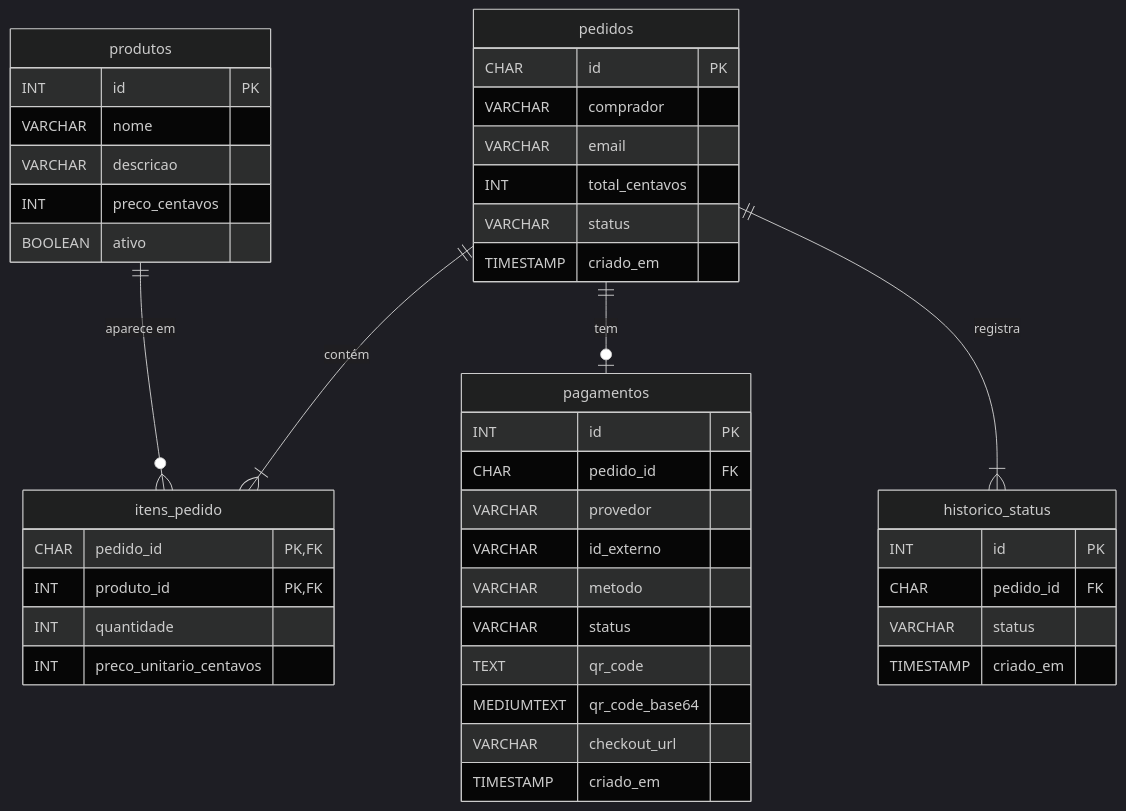
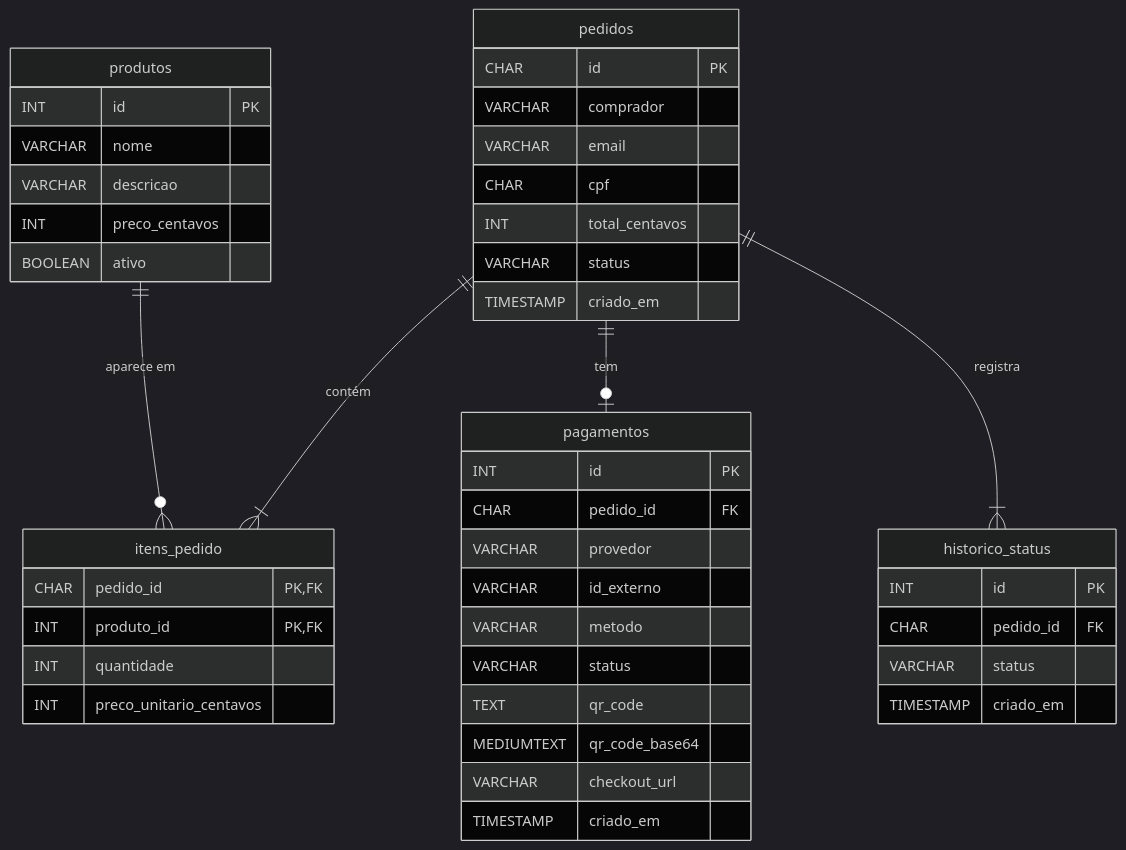
The second of 2 diagrams in README.md (samuelc99/loja-checkout), drawn with Mermaid (dark theme) before and after one commit. The commit also changed other lines of this file and 14 other files, not shown here.

````diff
--- a/README.md
+++ b/README.md
@@ -84,47 +85,48 @@
 ```mermaid
 erDiagram
     produtos ||--o{ itens_pedido : "aparece em"
     pedidos ||--|{ itens_pedido : "contém"
     pedidos ||--o| pagamentos : "tem"
     pedidos ||--|{ historico_status : "registra"
 
     produtos {
         INT id PK
         VARCHAR nome
         VARCHAR descricao
         INT preco_centavos
         BOOLEAN ativo
     }
     pedidos {
         CHAR id PK
         VARCHAR comprador
         VARCHAR email
+        CHAR cpf
         INT total_centavos
         VARCHAR status
         TIMESTAMP criado_em
     }
     itens_pedido {
         CHAR pedido_id PK,FK
         INT produto_id PK,FK
         INT quantidade
         INT preco_unitario_centavos
     }
     pagamentos {
         INT id PK
         CHAR pedido_id FK
         VARCHAR provedor
         VARCHAR id_externo
         VARCHAR metodo
         VARCHAR status
         TEXT qr_code
         MEDIUMTEXT qr_code_base64
         VARCHAR checkout_url
         TIMESTAMP criado_em
     }
     historico_status {
         INT id PK
         CHAR pedido_id FK
         VARCHAR status
         TIMESTAMP criado_em
     }
 ```
````
